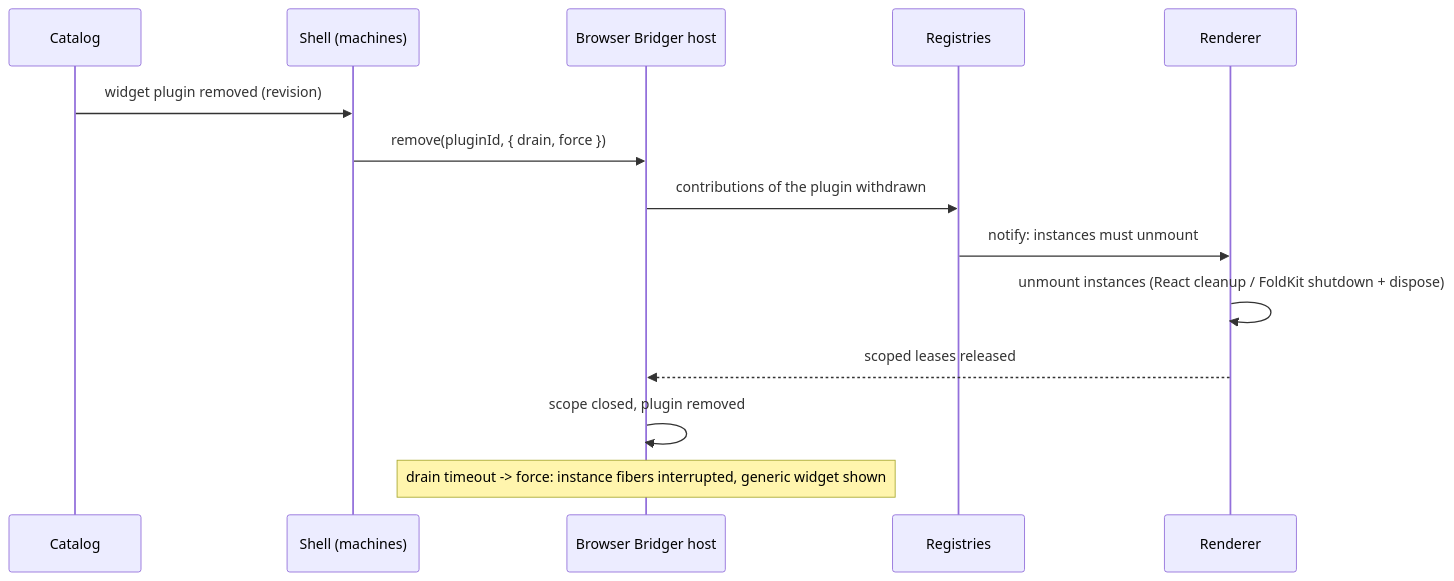
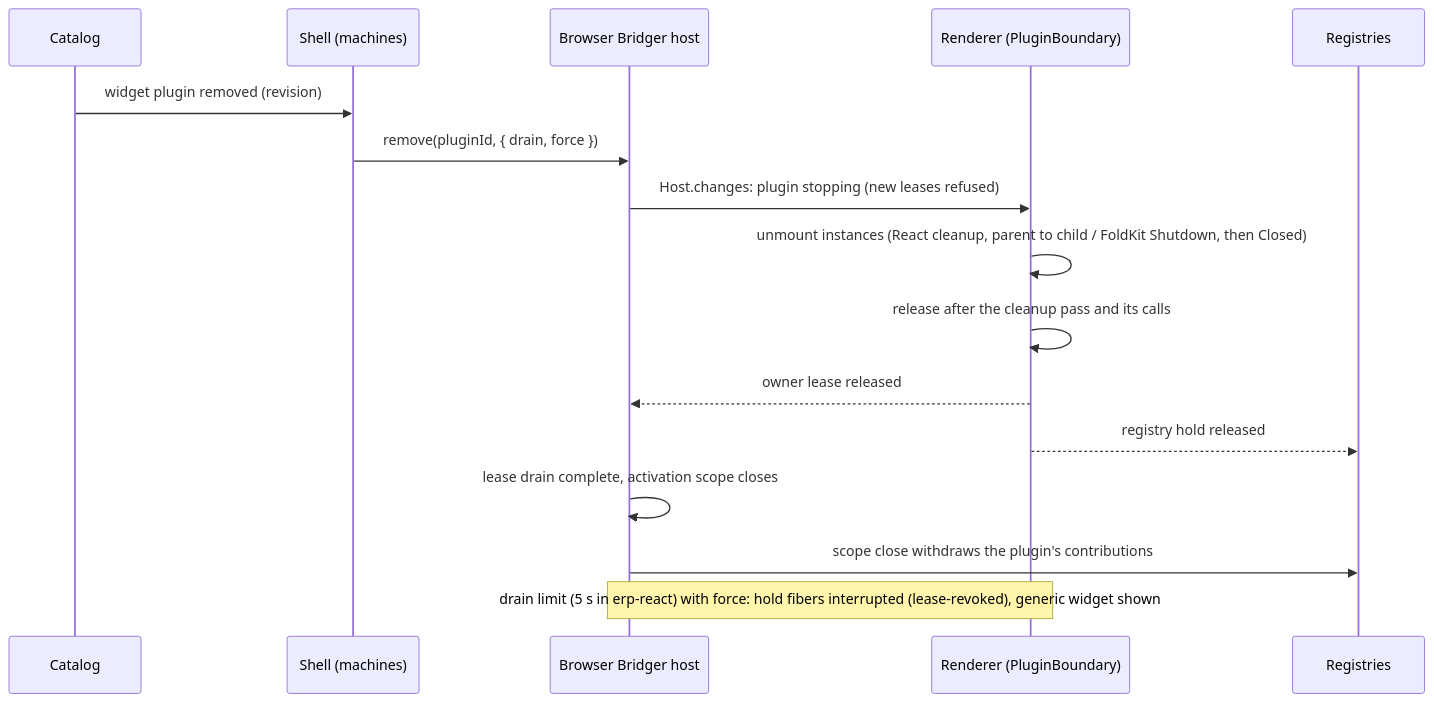
Before and after one commit to leaderiop/Bridger: the third of 3 diagrams in docs/ERP-BROWSER.md, drawn with Mermaid. The commit also changed other lines of this file and 293 other files, not shown here.

````diff
--- a/docs/ERP-BROWSER.md
+++ b/docs/ERP-BROWSER.md
@@ -251,16 +253,18 @@
 ```mermaid
 sequenceDiagram
     participant Cat as Catalog
     participant Shell as Shell (machines)
     participant Host as Browser Bridger host
+    participant R as Renderer (PluginBoundary)
     participant Reg as Registries
-    participant R as Renderer
     Cat->>Shell: widget plugin removed (revision)
     Shell->>Host: remove(pluginId, { drain, force })
-    Host->>Reg: contributions of the plugin withdrawn
-    Reg->>R: notify: instances must unmount
-    R->>R: unmount instances (React cleanup / FoldKit shutdown + dispose)
-    R-->>Host: scoped leases released
-    Host->>Host: scope closed, plugin removed
-    Note over Host: drain timeout -> force: instance fibers interrupted, generic widget shown
+    Host->>R: Host.changes: plugin stopping (new leases refused)
+    R->>R: unmount instances (React cleanup, parent to child / FoldKit Shutdown, then Closed)
+    R->>R: release after the cleanup pass and its calls
+    R-->>Host: owner lease released
+    R-->>Reg: registry hold released
+    Host->>Host: lease drain complete, activation scope closes
+    Host->>Reg: scope close withdraws the plugin's contributions
+    Note over Host,R: drain limit (5 s in erp-react) with force: hold fibers interrupted (lease-revoked), generic widget shown
 ```
````
